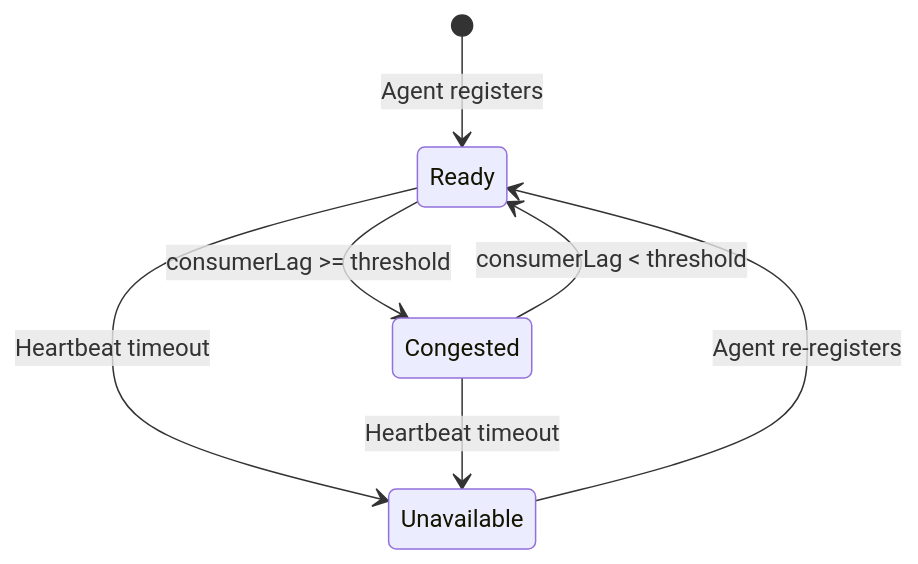
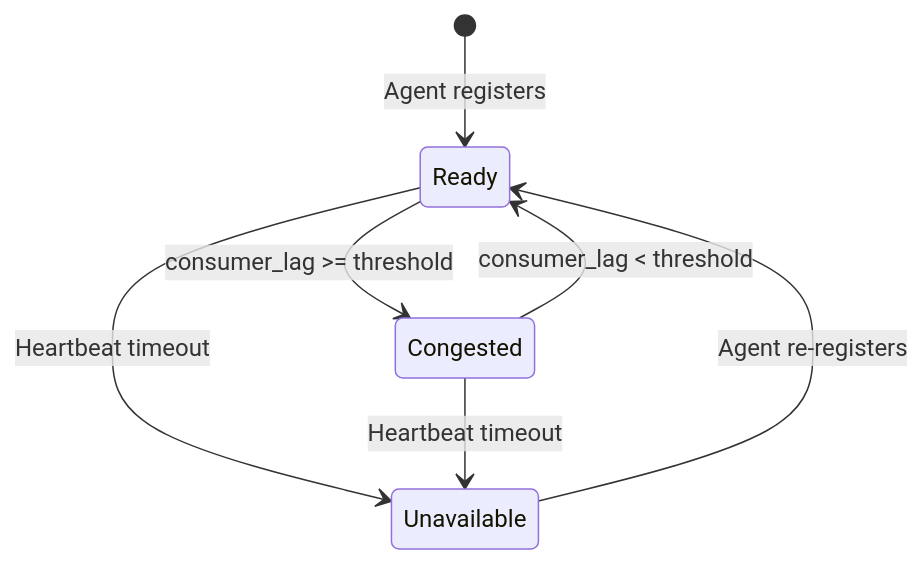
The second of 2 diagrams in enhancements/service-provider-health-check/service-provider-health-check.md (dcm-project/enhancements), drawn with Mermaid before and after one commit. The commit also changed other lines of this file and 19 other files, not shown here.

````diff
--- a/enhancements/service-provider-health-check/service-provider-health-check.md
+++ b/enhancements/service-provider-health-check/service-provider-health-check.md
@@ -180,9 +181,9 @@
 ```mermaid
 stateDiagram-v2
     [*] --> Ready: Agent registers
-    Ready --> Congested: consumerLag >= threshold
-    Congested --> Ready: consumerLag < threshold
+    Ready --> Congested: consumer_lag >= threshold
+    Congested --> Ready: consumer_lag < threshold
     Ready --> Unavailable: Heartbeat timeout
     Congested --> Unavailable: Heartbeat timeout
     Unavailable --> Ready: Agent re-registers
 ```
````
